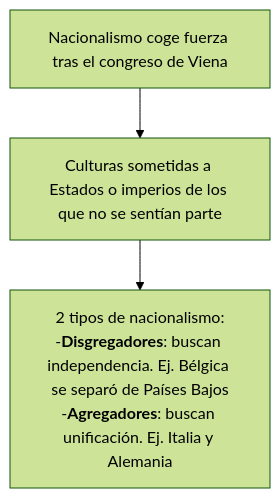
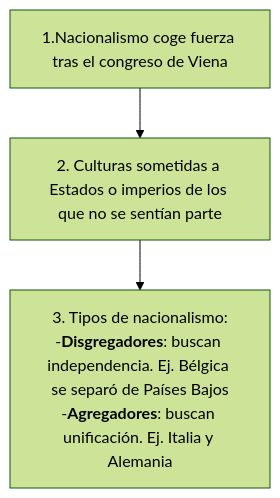
One commit to ajab138/OscarColegio changed the eighth of 10 diagrams in Historia y Geografia/Tema2. Las revoluciones liberales.md. Above: the diagram before and after it, drawn with Mermaid (forest theme). The commit also changed other lines of this file, not shown here.

````diff
--- a/Historia y Geografia/Tema2. Las revoluciones liberales.md
+++ b/Historia y Geografia/Tema2. Las revoluciones liberales.md
@@ -87,5 +87,5 @@
   ```mermaid
 graph TD
-  A[Nacionalismo coge fuerza tras el congreso de Viena] --> B[Culturas sometidas a Estados o imperios de los que no se sentían parte]
-  B --> C[2 tipos de nacionalismo:<br/>-<b>Disgregadores</b>: buscan independencia. Ej. Bélgica se separó de Países Bajos<br/>-<b>Agregadores</b>: buscan unificación. Ej. Italia y Alemania]
+  A[1.Nacionalismo coge fuerza tras el congreso de Viena] --> B[2. Culturas sometidas a Estados o imperios de los que no se sentían parte]
+  B --> C[3. Tipos de nacionalismo:<br/>-<b>Disgregadores</b>: buscan independencia. Ej. Bélgica se separó de Países Bajos<br/>-<b>Agregadores</b>: buscan unificación. Ej. Italia y Alemania]
 ```
````
